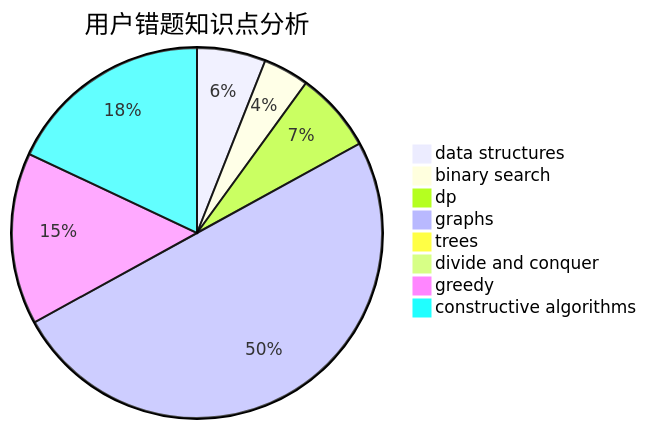
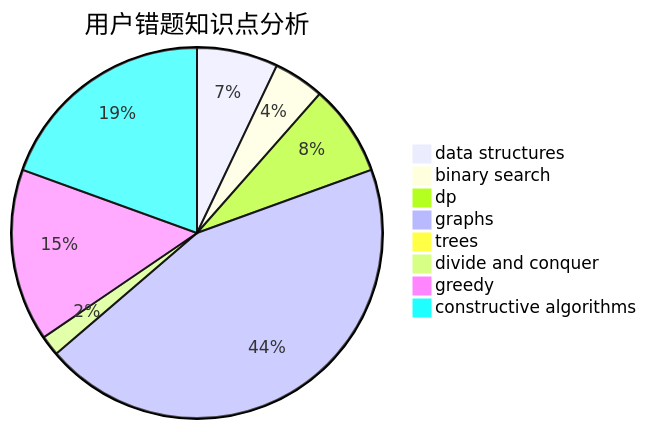
Before and after one commit to sherpahu/cfrs.github.io: the third of 3 diagrams in docs/user/u2752.md, drawn with Mermaid. The commit also changed other lines of this file and 2770 other files, not shown here.

````diff
--- a/docs/user/u2752.md
+++ b/docs/user/u2752.md
@@ -36,11 +36,11 @@
 ```mermaid
 pie title 用户错题知识点分析
-    "data structures" :  6
-    "binary search" :  4
-    "dp" :  7
+    "data structures" :  8
+    "binary search" :  5
+    "dp" :  9
     "graphs" :  50
     "trees" :  0
-    "divide and conquer" :  0
-    "greedy" :  15
-    "constructive algorithms" :  18
+    "divide and conquer" :  2
+    "greedy" :  17
+    "constructive algorithms" :  22
 ```
````
